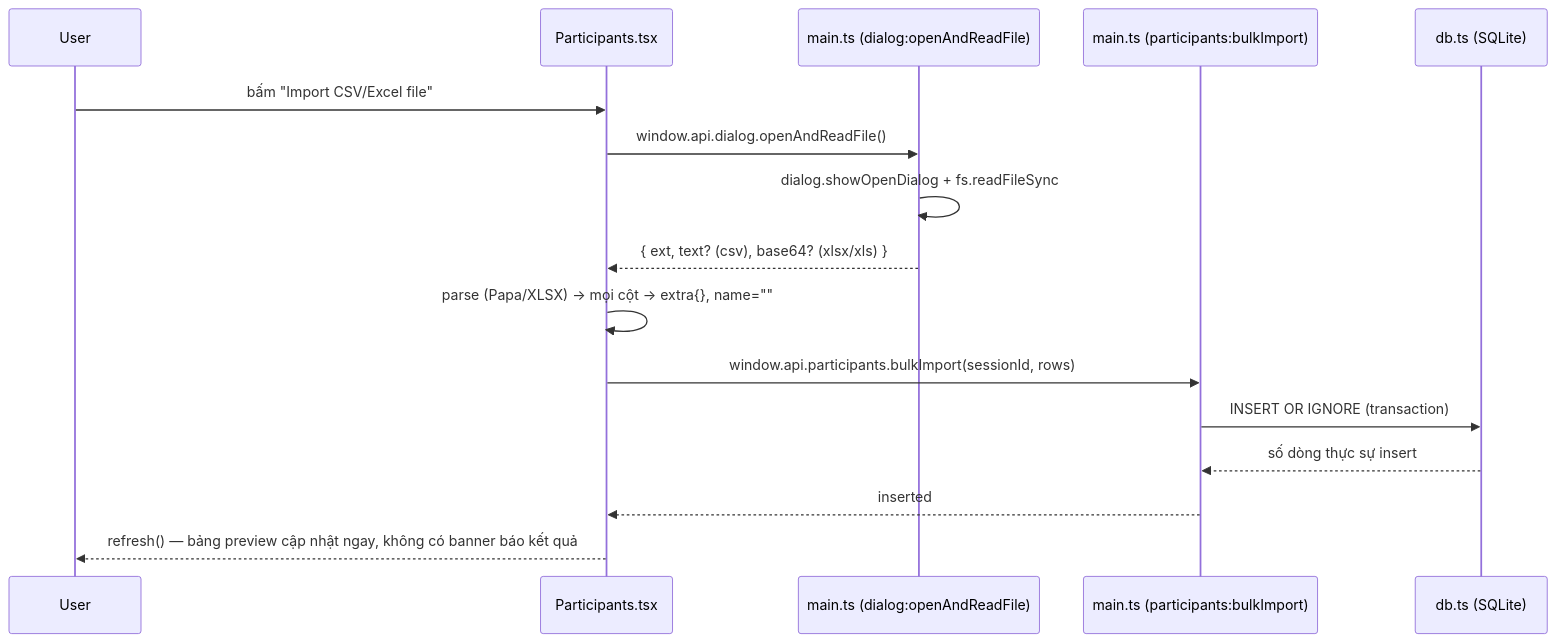
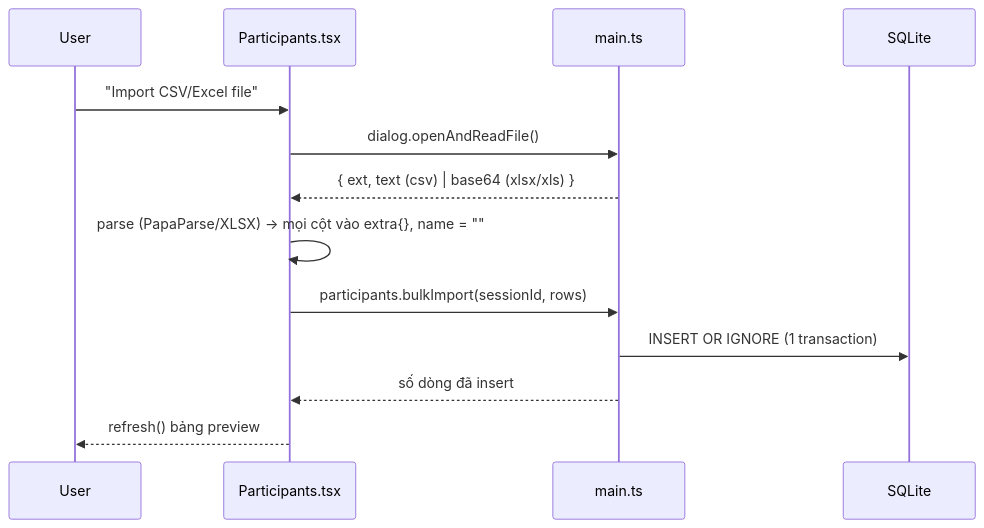
The diagram in docs/participants/import.md (nhatquang-nguyen-129/display_lucky_draw), drawn with Mermaid before and after one commit. The commit also changed other lines of this file and 37 other files, not shown here.

````diff
--- a/docs/participants/import.md
+++ b/docs/participants/import.md
@@ -17,19 +21,15 @@
 ```mermaid
 sequenceDiagram
   participant User
-  participant Participants.tsx
-  participant Main as main.ts (dialog:openAndReadFile)
-  participant BulkImport as main.ts (participants:bulkImport)
-  participant DB as db.ts (SQLite)
-
-  User->>Participants.tsx: bấm "Import CSV/Excel file"
-  Participants.tsx->>Main: window.api.dialog.openAndReadFile()
-  Main->>Main: dialog.showOpenDialog + fs.readFileSync
-  Main-->>Participants.tsx: { ext, text? (csv), base64? (xlsx/xls) }
-  Participants.tsx->>Participants.tsx: parse (Papa/XLSX) → mọi cột → extra{}, name=""
-  Participants.tsx->>BulkImport: window.api.participants.bulkImport(sessionId, rows)
-  BulkImport->>DB: INSERT OR IGNORE (transaction)
-  DB-->>BulkImport: số dòng thực sự insert
-  BulkImport-->>Participants.tsx: inserted
-  Participants.tsx-->>User: refresh() — bảng preview cập nhật ngay, không có banner báo kết quả
+  participant R as Participants.tsx
+  participant Main as main.ts
+  participant DB as SQLite
+  User->>R: "Import CSV/Excel file"
+  R->>Main: dialog.openAndReadFile()
+  Main-->>R: { ext, text (csv) | base64 (xlsx/xls) }
+  R->>R: parse (PapaParse/XLSX) → mọi cột vào extra{}, name = ""
+  R->>Main: participants.bulkImport(sessionId, rows)
+  Main->>DB: INSERT OR IGNORE (1 transaction)
+  Main-->>R: số dòng đã insert
+  R-->>User: refresh() bảng preview
 ```
````
